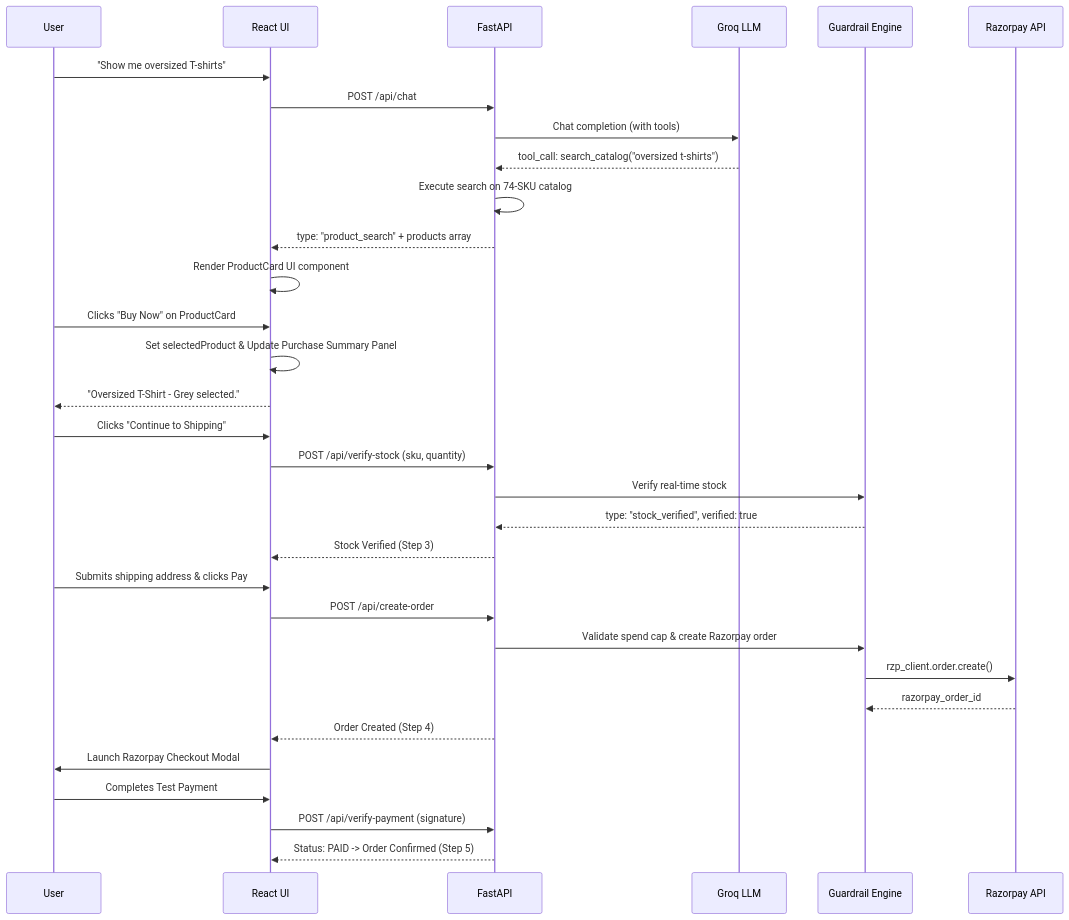
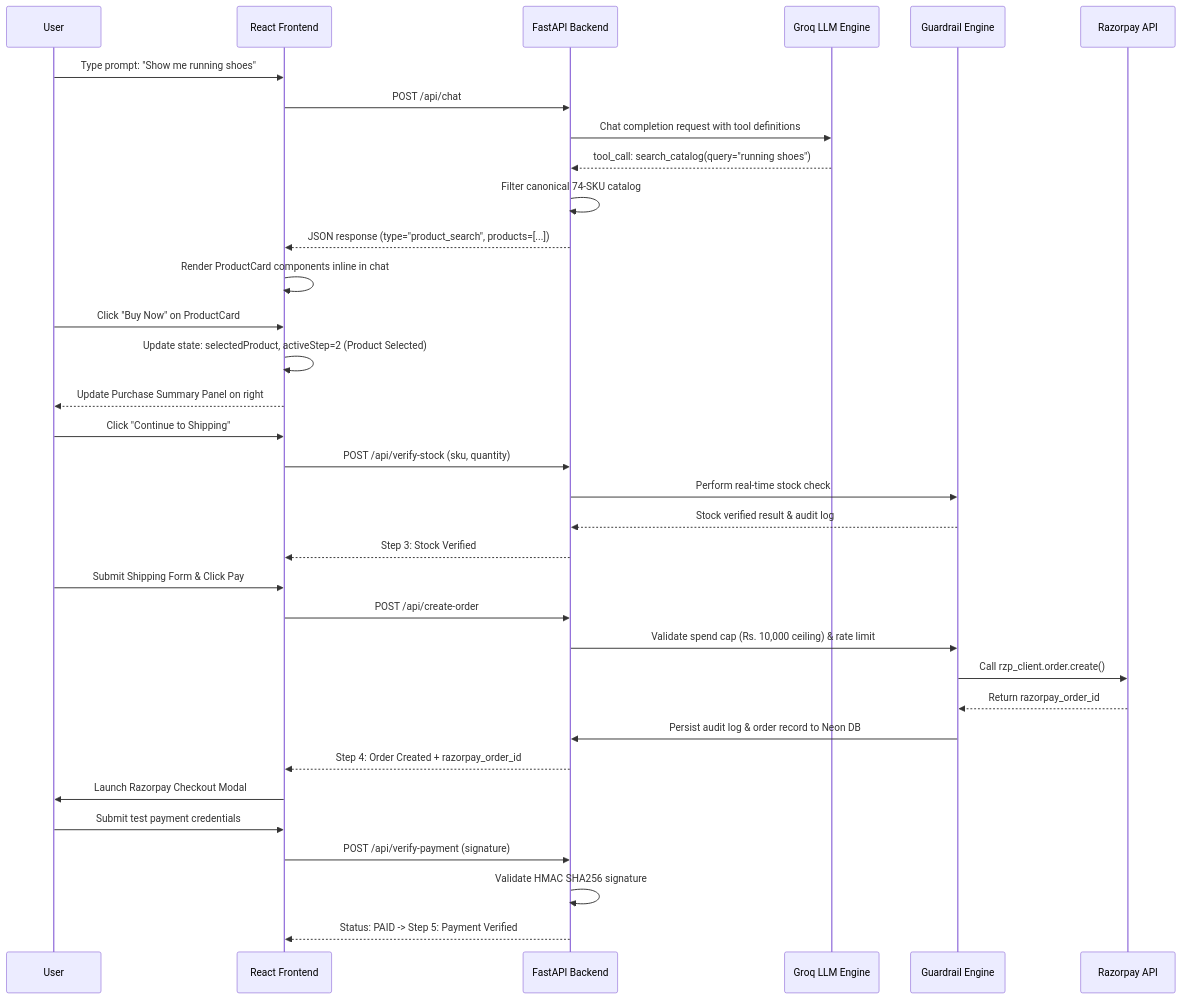
The third of 6 diagrams in README.md (Vijajraj/Razorpay_checkout_agent), drawn with Mermaid before and after one commit. The commit also changed other lines of this file, not shown here.

Commit message:
docs: remove all emojis from README, add Mermaid diagrams, and enhance architecture documentation

````diff
--- a/README.md
+++ b/README.md
@@ -104,39 +161,41 @@
 ```mermaid
 sequenceDiagram
     participant User
-    participant React UI
-    participant FastAPI
-    participant Groq LLM
-    participant Guardrail Engine
-    participant Razorpay API
+    participant ReactUI as React Frontend
+    participant FastAPI as FastAPI Backend
+    participant LLM as Groq LLM Engine
+    participant GE as Guardrail Engine
+    participant RZP as Razorpay API
 
-    User->>React UI: "Show me oversized T-shirts"
-    React UI->>FastAPI: POST /api/chat
-    FastAPI->>Groq LLM: Chat completion (with tools)
-    Groq LLM-->>FastAPI: tool_call: search_catalog("oversized t-shirts")
-    FastAPI->>FastAPI: Execute search on 74-SKU catalog
-    FastAPI-->>React UI: type: "product_search" + products array
-    React UI->>React UI: Render ProductCard UI component
+    User->>ReactUI: Type prompt: "Show me running shoes"
+    ReactUI->>FastAPI: POST /api/chat
+    FastAPI->>LLM: Chat completion request with tool definitions
+    LLM-->>FastAPI: tool_call: search_catalog(query="running shoes")
+    FastAPI->>FastAPI: Filter canonical 74-SKU catalog
+    FastAPI-->>ReactUI: JSON response (type="product_search", products=[...])
+    ReactUI->>ReactUI: Render ProductCard components inline in chat
 
-    User->>React UI: Clicks "Buy Now" on ProductCard
-    React UI->>React UI: Set selectedProduct & Update Purchase Summary Panel
-    React UI-->>User: "Oversized T-Shirt - Grey selected."
+    User->>ReactUI: Click "Buy Now" on ProductCard
+    ReactUI->>ReactUI: Update state: selectedProduct, activeStep=2 (Product Selected)
+    ReactUI-->>User: Update Purchase Summary Panel on right
 
-    User->>React UI: Clicks "Continue to Shipping"
-    React UI->>FastAPI: POST /api/verify-stock (sku, quantity)
-    FastAPI->>Guardrail Engine: Verify real-time stock
-    Guardrail Engine-->>FastAPI: type: "stock_verified", verified: true
-    FastAPI-->>React UI: Stock Verified (Step 3)
+    User->>ReactUI: Click "Continue to Shipping"
+    ReactUI->>FastAPI: POST /api/verify-stock (sku, quantity)
+    FastAPI->>GE: Perform real-time stock check
+    GE-->>FastAPI: Stock verified result & audit log
+    FastAPI-->>ReactUI: Step 3: Stock Verified
 
-    User->>React UI: Submits shipping address & clicks Pay
-    React UI->>FastAPI: POST /api/create-order
-    FastAPI->>Guardrail Engine: Validate spend cap & create Razorpay order
-    Guardrail Engine->>Razorpay API: rzp_client.order.create()
-    Razorpay API-->>Guardrail Engine: razorpay_order_id
-    FastAPI-->>React UI: Order Created (Step 4)
+    User->>ReactUI: Submit Shipping Form & Click Pay
+    ReactUI->>FastAPI: POST /api/create-order
+    FastAPI->>GE: Validate spend cap (Rs. 10,000 ceiling) & rate limit
+    GE->>RZP: Call rzp_client.order.create()
+    RZP-->>GE: Return razorpay_order_id
+    GE->>FastAPI: Persist audit log & order record to Neon DB
+    FastAPI-->>ReactUI: Step 4: Order Created + razorpay_order_id
 
-    React UI->>User: Launch Razorpay Checkout Modal
-    User->>React UI: Completes Test Payment
-    React UI->>FastAPI: POST /api/verify-payment (signature)
-    FastAPI-->>React UI: Status: PAID -> Order Confirmed (Step 5)
+    ReactUI->>User: Launch Razorpay Checkout Modal
+    User->>ReactUI: Submit test payment credentials
+    ReactUI->>FastAPI: POST /api/verify-payment (signature)
+    FastAPI->>FastAPI: Validate HMAC SHA256 signature
+    FastAPI-->>ReactUI: Status: PAID -> Step 5: Payment Verified
 ```
````
